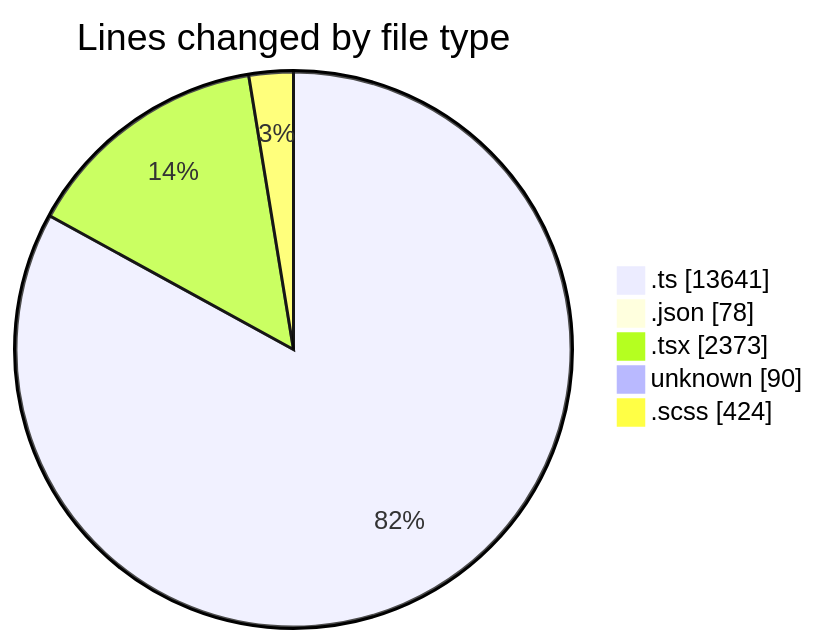
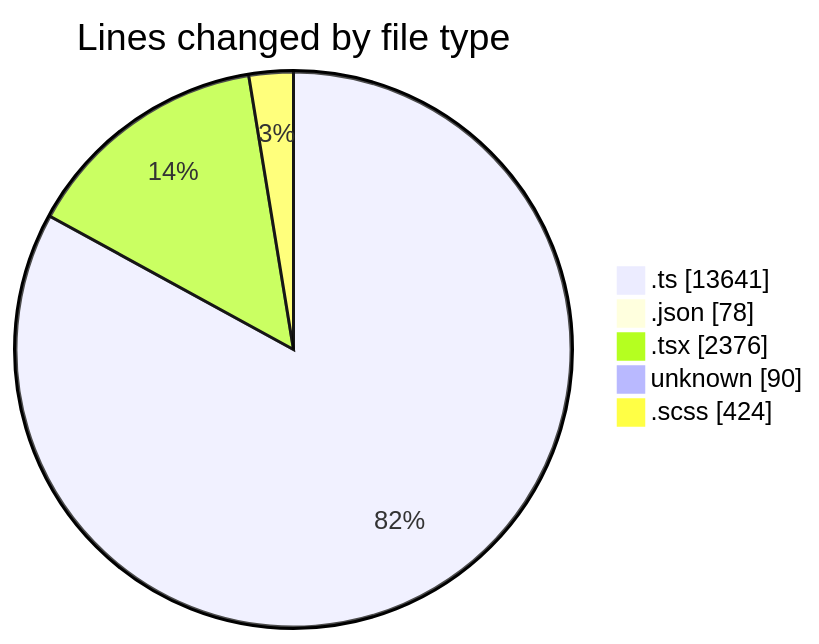
Before and after one commit to momahboobian/code-tracking: the first of 2 diagrams in 2025-08-29/cda/README.md, drawn with Mermaid. The commit also changed other lines of this file and 1 other file, not shown here.

````diff
--- a/2025-08-29/cda/README.md
+++ b/2025-08-29/cda/README.md
@@ -34,9 +34,9 @@
 ```mermaid
 pie showData
 title Lines changed by file type
 ".ts" : 13641
 ".json" : 78
-".tsx" : 2373
+".tsx" : 2376
 "unknown" : 90
 ".scss" : 424
 ```
````
